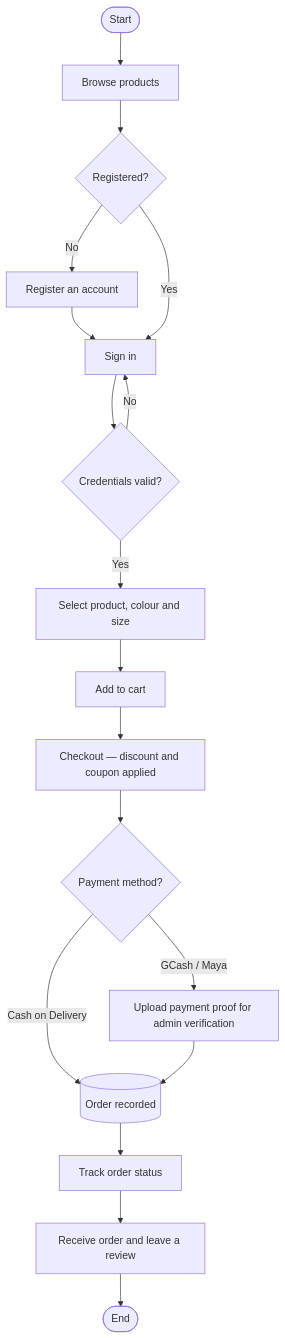
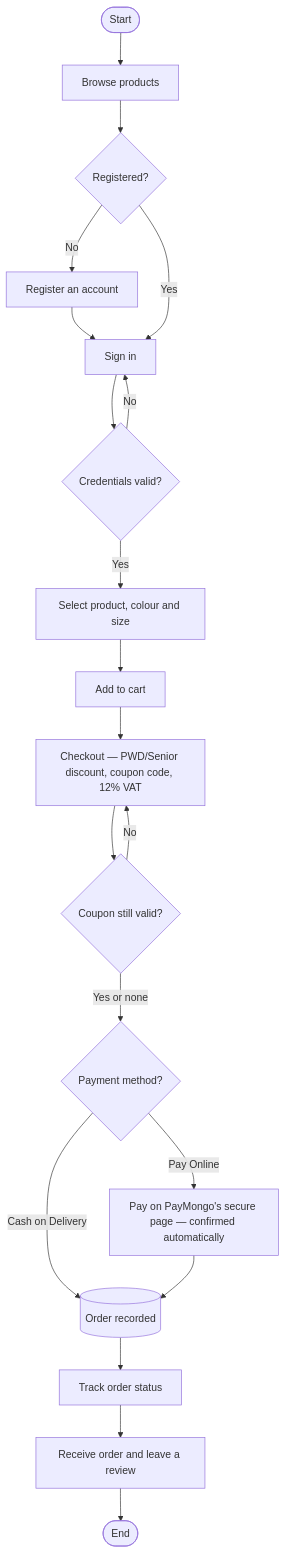
One commit to kurooo-san/THREAD-AND-PRESS-HUB changed the first of 4 diagrams in docs/SYSTEM_FLOWCHART.md. Above: the diagram before and after it, drawn with Mermaid. The commit also changed other lines of this file and 20 other files, not shown here.

First line of the commit message:
Bring the schema, ERD and system docs in line with the live system

````diff
--- a/docs/SYSTEM_FLOWCHART.md
+++ b/docs/SYSTEM_FLOWCHART.md
@@ -37,20 +37,22 @@
 ```mermaid
 flowchart TD
     A(["Start"]) --> B["Browse products"]
     B --> C{"Registered?"}
     C -- "No" --> D["Register an account"]
     D --> E
     C -- "Yes" --> E["Sign in"]
     E --> F{"Credentials valid?"}
     F -- "No" --> E
     F -- "Yes" --> G["Select product, colour and size"]
     G --> H["Add to cart"]
-    H --> I["Checkout — discount and coupon applied"]
-    I --> J{"Payment method?"}
+    H --> I["Checkout — PWD/Senior discount, coupon code, 12% VAT"]
+    I --> V{"Coupon still valid?"}
+    V -- "No" --> I
+    V -- "Yes or none" --> J{"Payment method?"}
     J -- "Cash on Delivery" --> L
-    J -- "GCash / Maya" --> K["Upload payment proof for admin verification"]
+    J -- "Pay Online" --> K["Pay on PayMongo's secure page — confirmed automatically"]
     K --> L[("Order recorded")]
     L --> M["Track order status"]
     M --> N["Receive order and leave a review"]
     N --> O(["End"])
 ```
````
